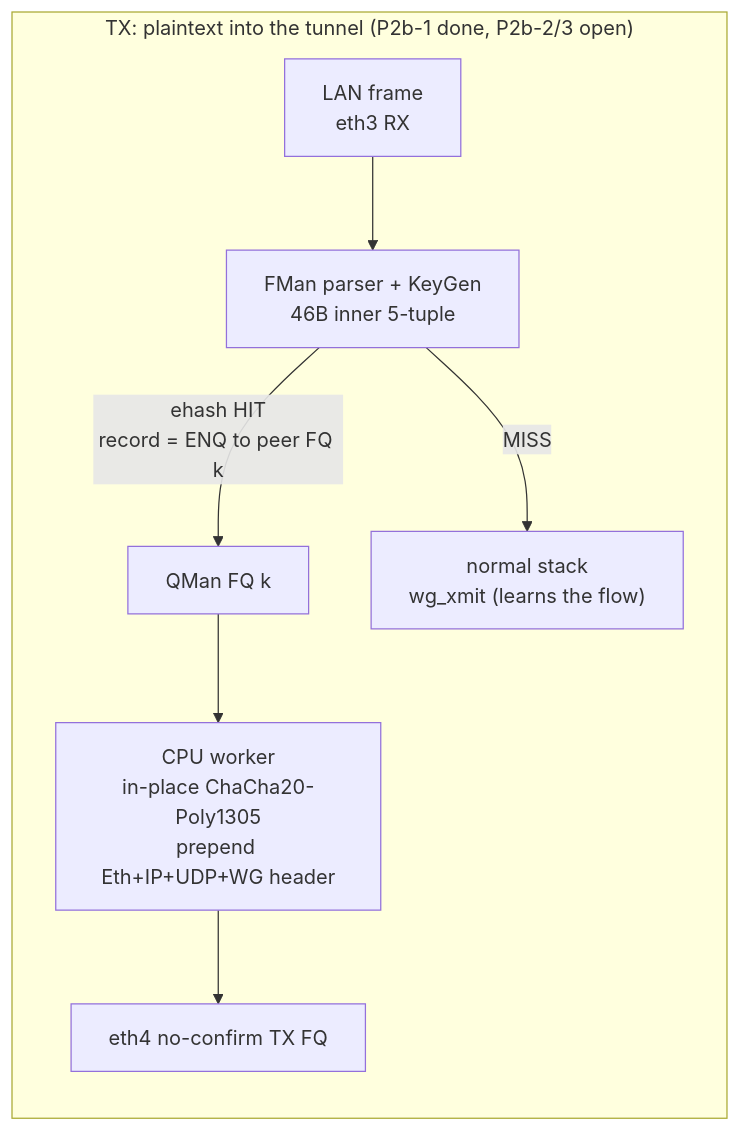
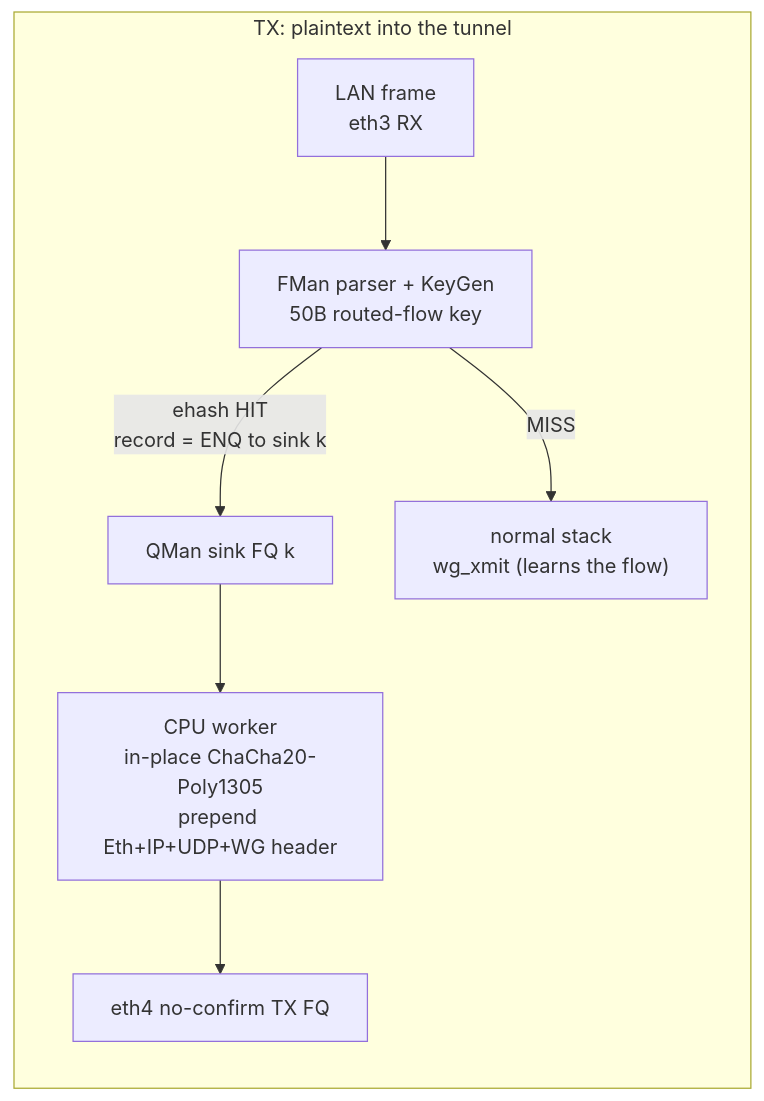
Before and after one commit to mihakralj/vyos-ls1046a-build: the first of 2 diagrams in plans/ASK2-WIREGUARD-FASTPATH-PLAN.md, drawn with Mermaid. The commit also changed other lines of this file and 19 other files, not shown here.

````diff
--- a/plans/ASK2-WIREGUARD-FASTPATH-PLAN.md
+++ b/plans/ASK2-WIREGUARD-FASTPATH-PLAN.md
@@ -25,10 +27,10 @@
 ```mermaid
 flowchart LR
-    subgraph TX["TX: plaintext into the tunnel (P2b-1 done, P2b-2/3 open)"]
-        A["LAN frame<br/>eth3 RX"] --> B["FMan parser + KeyGen<br/>46B inner 5-tuple"]
-        B -->|"ehash HIT<br/>record = ENQ to peer FQ k"| C["QMan FQ k"]
+    subgraph TX["TX: plaintext into the tunnel"]
+        A["LAN frame<br/>eth3 RX"] --> B["FMan parser + KeyGen<br/>50B routed-flow key"]
+        B -->|"ehash HIT<br/>record = ENQ to sink k"| C["QMan sink FQ k"]
         B -->|"MISS"| S["normal stack<br/>wg_xmit (learns the flow)"]
         C --> D["CPU worker<br/>in-place ChaCha20-Poly1305<br/>prepend Eth+IP+UDP+WG header"]
         D --> E["eth4 no-confirm TX FQ"]
     end
 ```
````
